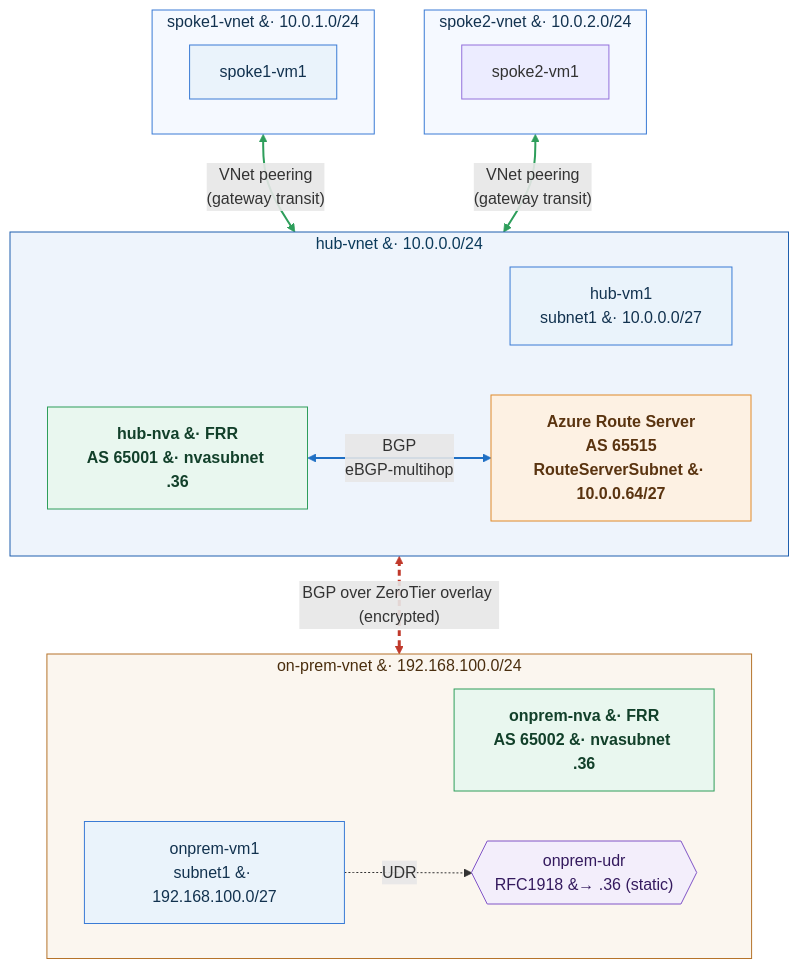
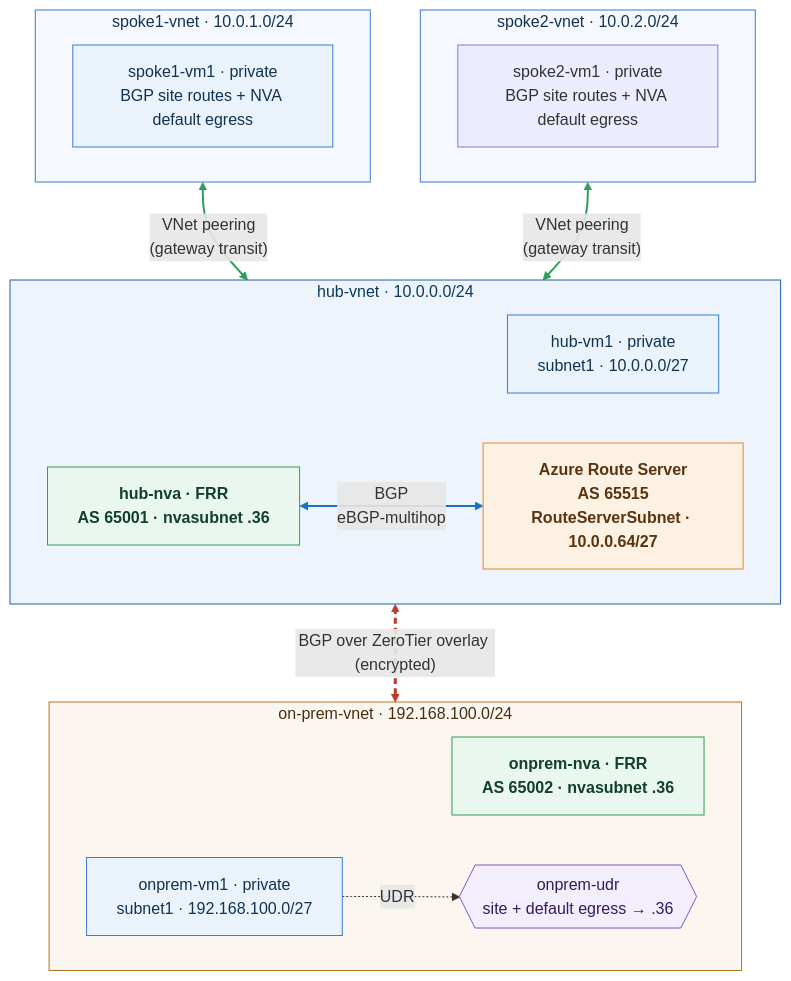
Before and after one commit to dmauser/azure-zt-lab: the diagram in docs/images/scenario2-diagram.mmd, drawn with Mermaid. The commit also changed 36 other files, not shown here.

```diff
--- a/docs/images/scenario2-diagram.mmd
+++ b/docs/images/scenario2-diagram.mmd
@@ -1,55 +1,55 @@
 flowchart TB
     %% ---- Spokes (top) ----
-    subgraph S1["spoke1-vnet &#183; 10.0.1.0/24"]
-        S1VM["spoke1-vm1"]
+    subgraph S1["spoke1-vnet · 10.0.1.0/24"]
+        S1VM["spoke1-vm1 · private<br/>BGP site routes + NVA default egress"]
     end
-    subgraph S2["spoke2-vnet &#183; 10.0.2.0/24"]
-        S2VM["spoke2-vm1"]
+    subgraph S2["spoke2-vnet · 10.0.2.0/24"]
+        S2VM["spoke2-vm1 · private<br/>BGP site routes + NVA default egress"]
     end
 
     %% ---- Hub (middle) ----
-    subgraph HUB["hub-vnet &#183; 10.0.0.0/24"]
+    subgraph HUB["hub-vnet · 10.0.0.0/24"]
         direction LR
-        HVM["hub-vm1<br/>subnet1 &#183; 10.0.0.0/27"]
-        HNVA["hub-nva &#183; FRR<br/>AS 65001 &#183; nvasubnet .36"]
-        RS["Azure Route Server<br/>AS 65515<br/>RouteServerSubnet &#183; 10.0.0.64/27"]
+        HVM["hub-vm1 · private<br/>subnet1 · 10.0.0.0/27"]
+        HNVA["hub-nva · FRR<br/>AS 65001 · nvasubnet .36"]
+        RS["Azure Route Server<br/>AS 65515<br/>RouteServerSubnet · 10.0.0.64/27"]
         HNVA <==>|"BGP<br/>eBGP-multihop"| RS
     end
 
     %% ---- On-prem (bottom) ----
-    subgraph OP["on-prem-vnet &#183; 192.168.100.0/24"]
+    subgraph OP["on-prem-vnet · 192.168.100.0/24"]
         direction LR
-        OPNVA["onprem-nva &#183; FRR<br/>AS 65002 &#183; nvasubnet .36"]
-        OPVM["onprem-vm1<br/>subnet1 &#183; 192.168.100.0/27"]
-        OPUDR{{"onprem-udr<br/>RFC1918 &#8594; .36 (static)"}}
+        OPNVA["onprem-nva · FRR<br/>AS 65002 · nvasubnet .36"]
+        OPVM["onprem-vm1 · private<br/>subnet1 · 192.168.100.0/27"]
+        OPUDR{{"onprem-udr<br/>site + default egress → .36"}}
         OPVM -. UDR .-> OPUDR
     end
 
     %% ---- Inter-VNet links ----
     S1 <-->|"VNet peering<br/>(gateway transit)"| HUB
     S2 <-->|"VNet peering<br/>(gateway transit)"| HUB
     HNVA <== "BGP over ZeroTier overlay (encrypted)" ==> OPNVA
 
     %% ---- Node styling ----
     classDef vm fill:#eaf3fb,stroke:#3a7bd5,color:#12324f;
     classDef nva fill:#e9f7ef,stroke:#2e9e5b,color:#12402a,font-weight:bold;
     classDef rs fill:#fdf1e3,stroke:#e08a2b,color:#5a3410,font-weight:bold;
     classDef udr fill:#f3eefb,stroke:#8054c7,color:#341a5e;
 
     class S1VM,HVM,OPVM vm;
     class HNVA,OPNVA nva;
     class RS rs;
     class OPUDR udr;
 
     %% ---- Subgraph styling ----
     style S1 fill:#f5f9ff,stroke:#3a7bd5,color:#12324f;
     style S2 fill:#f5f9ff,stroke:#3a7bd5,color:#12324f;
     style HUB fill:#eef4fc,stroke:#1f5fae,color:#0b3a5b;
     style OP fill:#fbf6ef,stroke:#b5732a,color:#4a2e0e;
 
     %% ---- Link styling (index = declaration order) ----
     %% 0: hub-nva<->RS  1: onprem UDR  2: spoke1  3: spoke2  4: ZeroTier
     linkStyle 0 stroke:#1f6fc4,stroke-width:2px;
     linkStyle 2 stroke:#2e9e5b,stroke-width:2px;
     linkStyle 3 stroke:#2e9e5b,stroke-width:2px;
     linkStyle 4 stroke:#c0392b,stroke-width:3px,stroke-dasharray:6 4;
```
